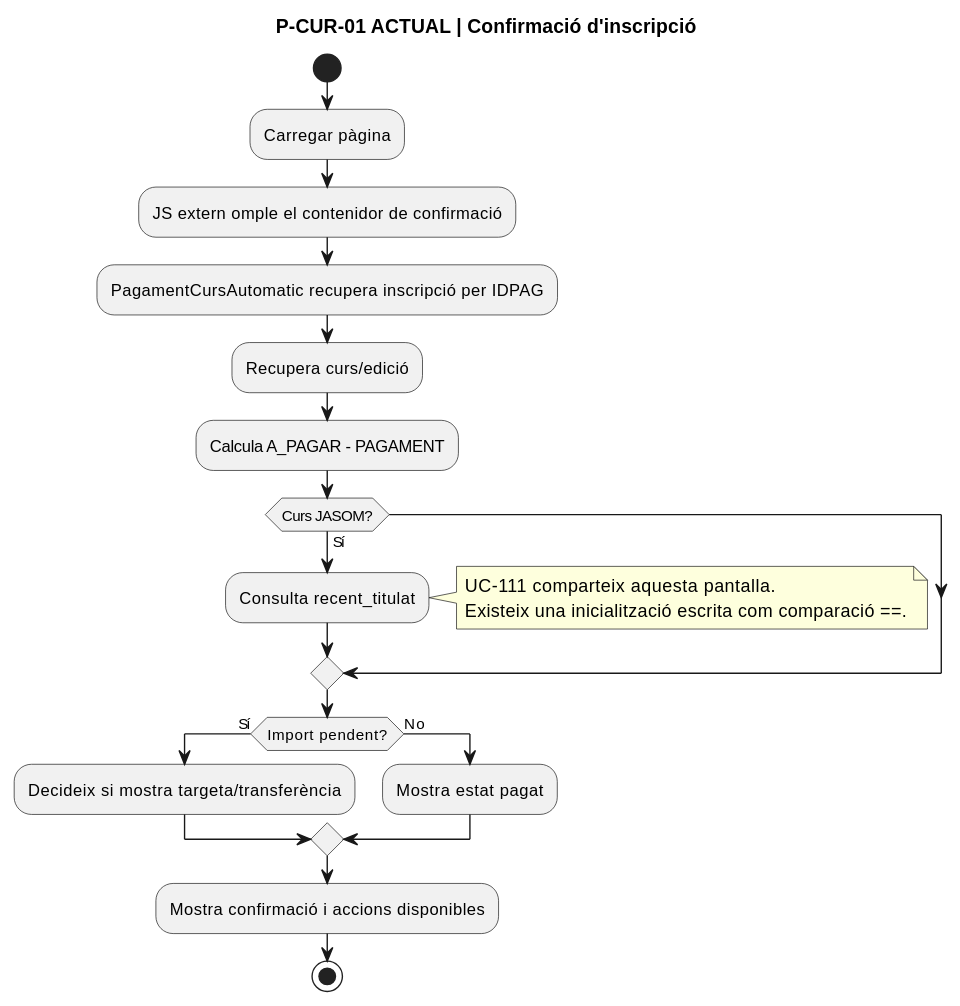
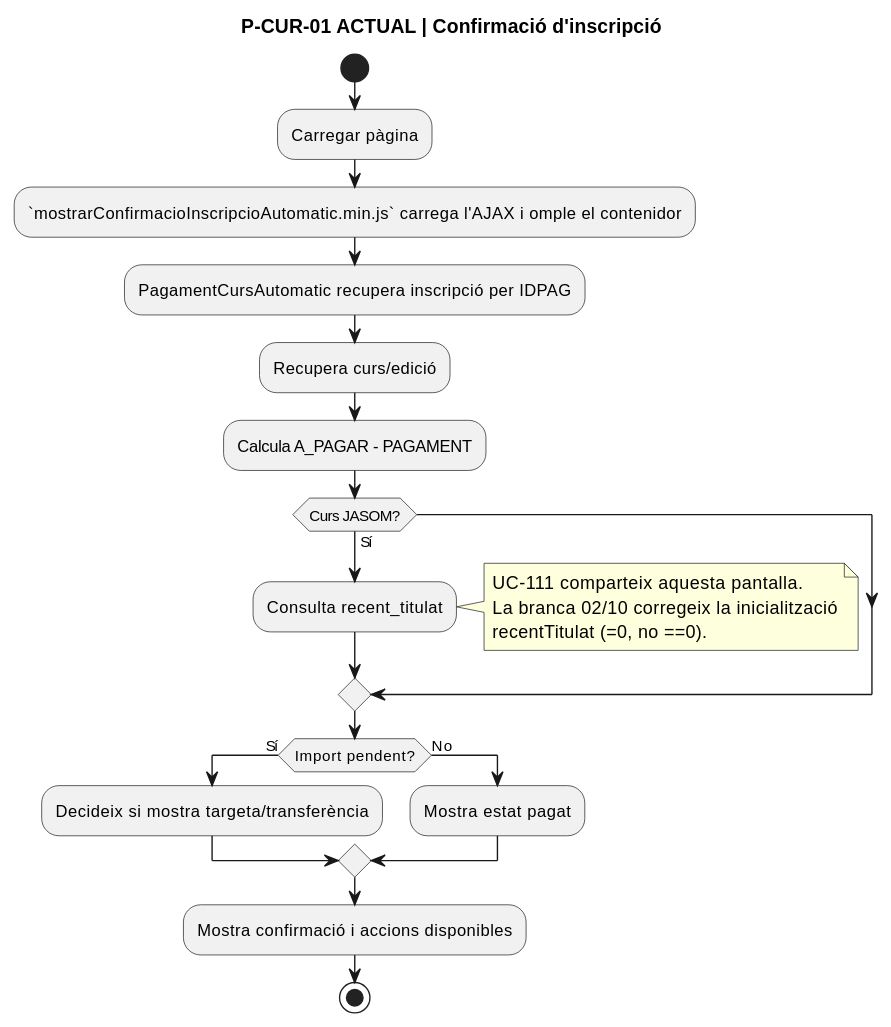
One commit to orgmeriemprismacat-del/verifactu changed the first of 14 diagrams in documentacio/07-uml-integrat/uc-014-activitats-pagines-redsys-actual-final.md. Above: the diagram before and after it, drawn with PlantUML. The commit also changed other lines of this file, not shown here.

````diff
--- a/documentacio/07-uml-integrat/uc-014-activitats-pagines-redsys-actual-final.md
+++ b/documentacio/07-uml-integrat/uc-014-activitats-pagines-redsys-actual-final.md
@@ -21,25 +21,26 @@
 ```plantuml
 @startuml
 title P-CUR-01 ACTUAL | Confirmació d'inscripció
 start
 :Carregar pàgina;
-:JS extern omple el contenidor de confirmació;
+:`mostrarConfirmacioInscripcioAutomatic.min.js` carrega l'AJAX i omple el contenidor;
 :PagamentCursAutomatic recupera inscripció per IDPAG;
 :Recupera curs/edició;
 :Calcula A_PAGAR - PAGAMENT;
 if (Curs JASOM?) then (Sí)
   :Consulta recent_titulat;
   note right
     UC-111 comparteix aquesta pantalla.
-    Existeix una inicialització escrita com comparació ==.
+    La branca 02/10 corregeix la inicialització
+    recentTitulat (=0, no ==0).
   end note
 endif
 if (Import pendent?) then (Sí)
   :Decideix si mostra targeta/transferència;
 else (No)
   :Mostra estat pagat;
 endif
 :Mostra confirmació i accions disponibles;
 stop
 @enduml
 ```
````
